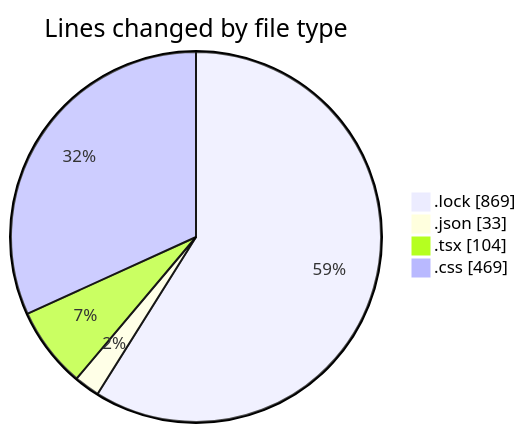
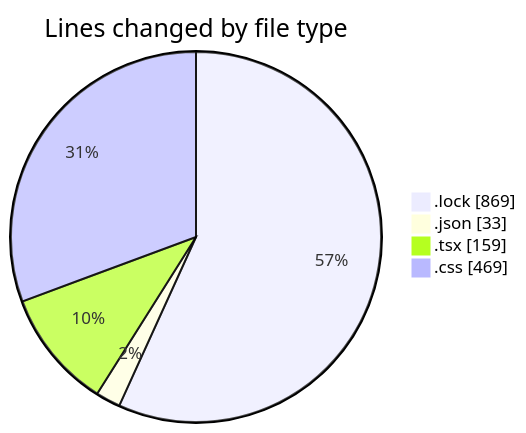
Before and after one commit to EIIisD/code-tracking: the first of 2 diagrams in 2025-07-27/vtuber/README.md, drawn with Mermaid. The commit also changed other lines of this file and 1 other file, not shown here.

````diff
--- a/2025-07-27/vtuber/README.md
+++ b/2025-07-27/vtuber/README.md
@@ -24,8 +24,8 @@
 ```mermaid
 pie showData
 title Lines changed by file type
 ".lock" : 869
 ".json" : 33
-".tsx" : 104
+".tsx" : 159
 ".css" : 469
 ```
````
